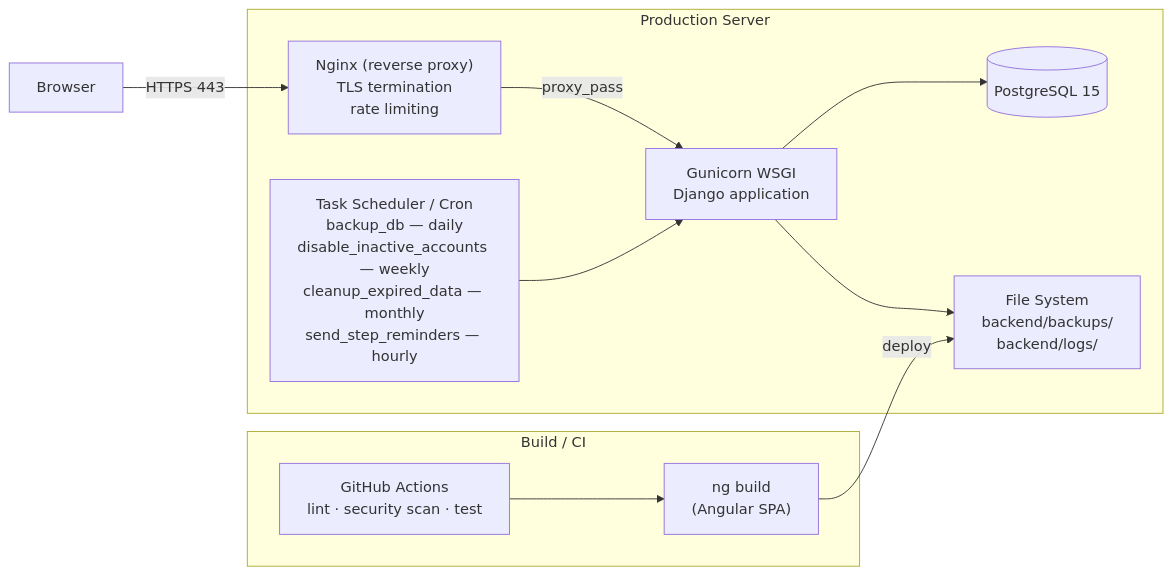
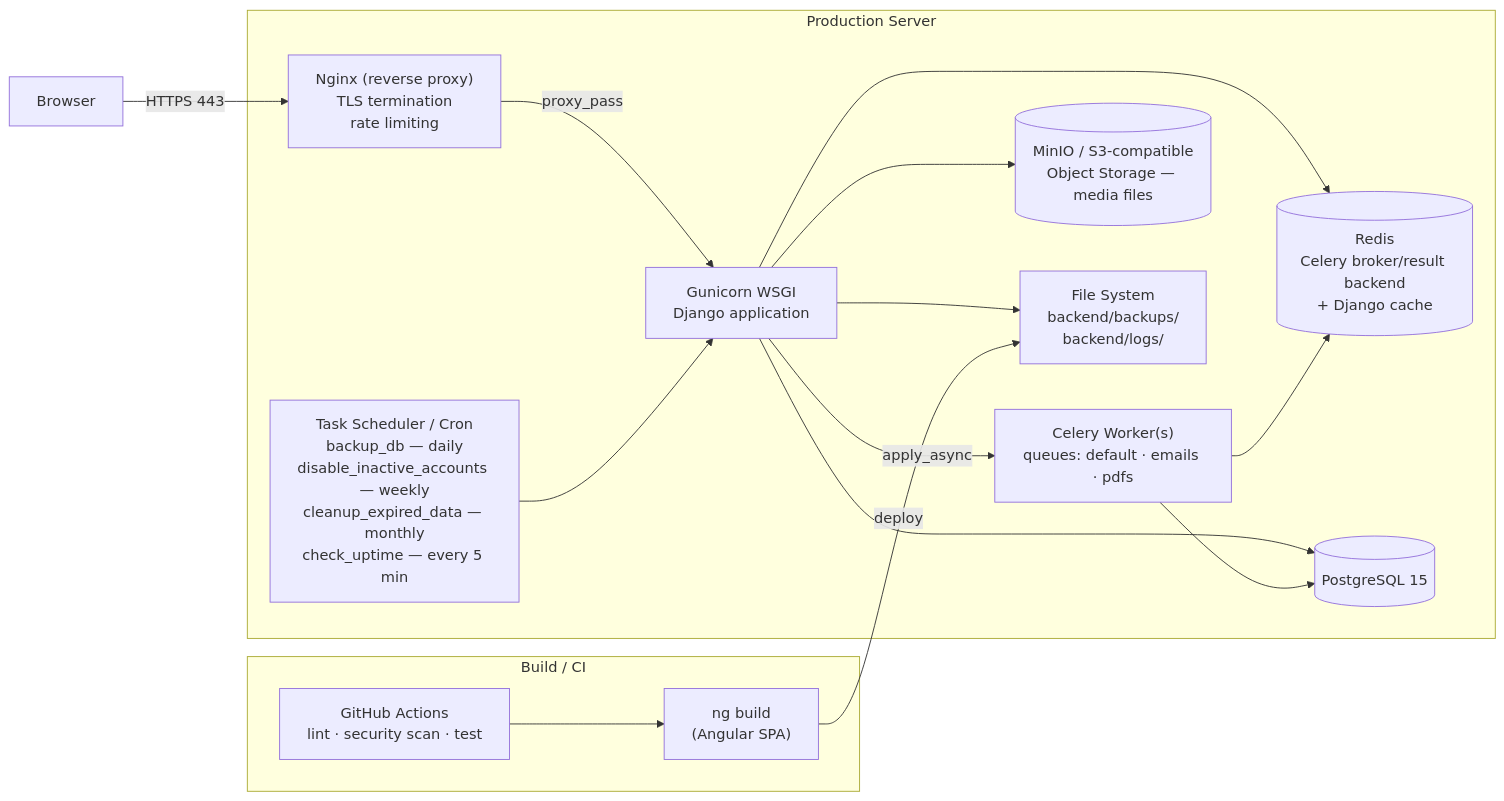
The sixth of 11 diagrams in docs/ARCHITECTURE.md (arslant84/tms.app), drawn with Mermaid before and after one commit. The commit also changed other lines of this file, not shown here.

First line of the commit message:
Update architecture doc for Celery/Redis/MinIO adoption and Combined Request removal

````diff
--- a/docs/ARCHITECTURE.md
+++ b/docs/ARCHITECTURE.md
@@ -251,23 +262,31 @@
 ```mermaid
 graph LR
     subgraph Prod["Production Server"]
         NG["Nginx (reverse proxy)<br/>TLS termination<br/>rate limiting"]
         GN["Gunicorn WSGI<br/>Django application"]
+        CW["Celery Worker(s)<br/>queues: default · emails · pdfs"]
+        RD[("Redis<br/>Celery broker/result backend<br/>+ Django cache")]
         PG2[("PostgreSQL 15")]
+        S3[("MinIO / S3-compatible<br/>Object Storage — media files")]
         FS["File System<br/>backend/backups/<br/>backend/logs/"]
-        CRON["Task Scheduler / Cron<br/>backup_db — daily<br/>disable_inactive_accounts — weekly<br/>cleanup_expired_data — monthly<br/>send_step_reminders — hourly"]
+        CRON["Task Scheduler / Cron<br/>backup_db — daily<br/>disable_inactive_accounts — weekly<br/>cleanup_expired_data — monthly<br/>check_uptime — every 5 min"]
     end
 
     subgraph Build["Build / CI"]
         GHA["GitHub Actions<br/>lint · security scan · test"]
         ANG["ng build<br/>(Angular SPA)"]
     end
 
     Browser -->|HTTPS 443| NG
     NG -->|proxy_pass| GN
     GN --> PG2
     GN --> FS
+    GN --> RD
+    GN -->|"apply_async"| CW
+    CW --> RD
+    CW --> PG2
+    GN --> S3
     CRON --> GN
     GHA --> ANG
     ANG -->|deploy| FS
 ```
````
